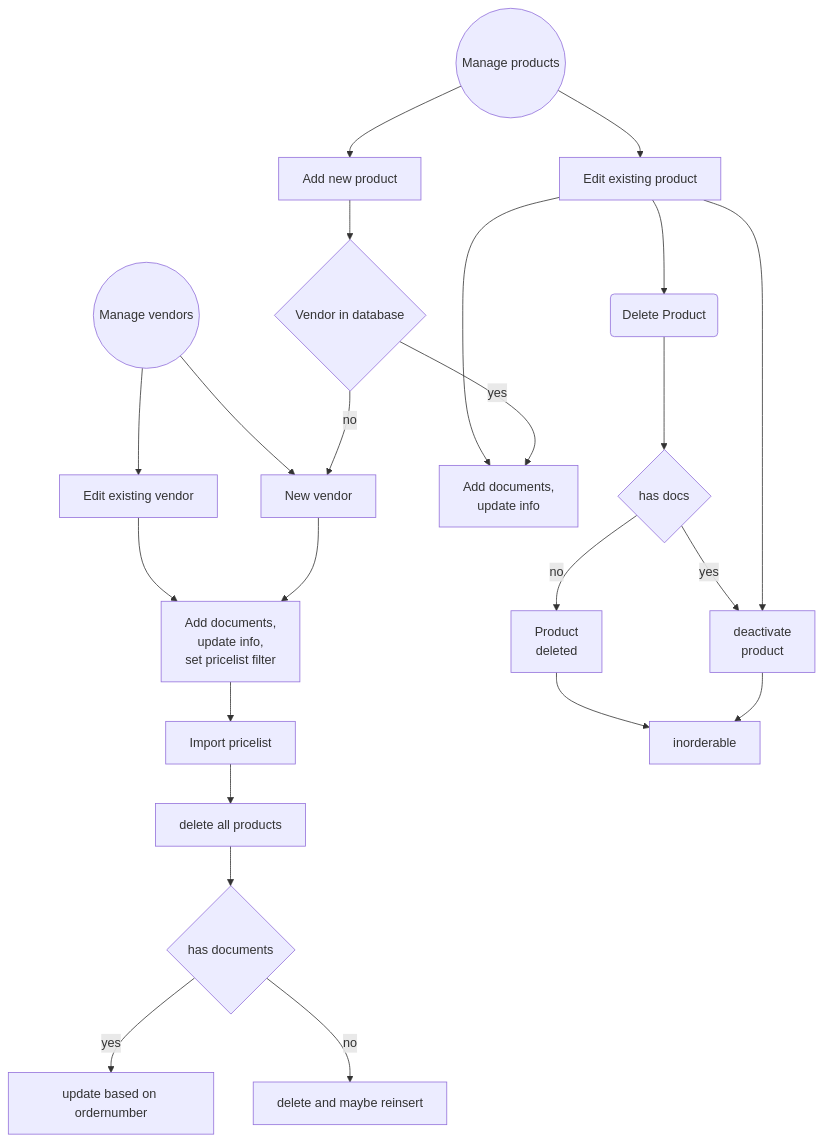
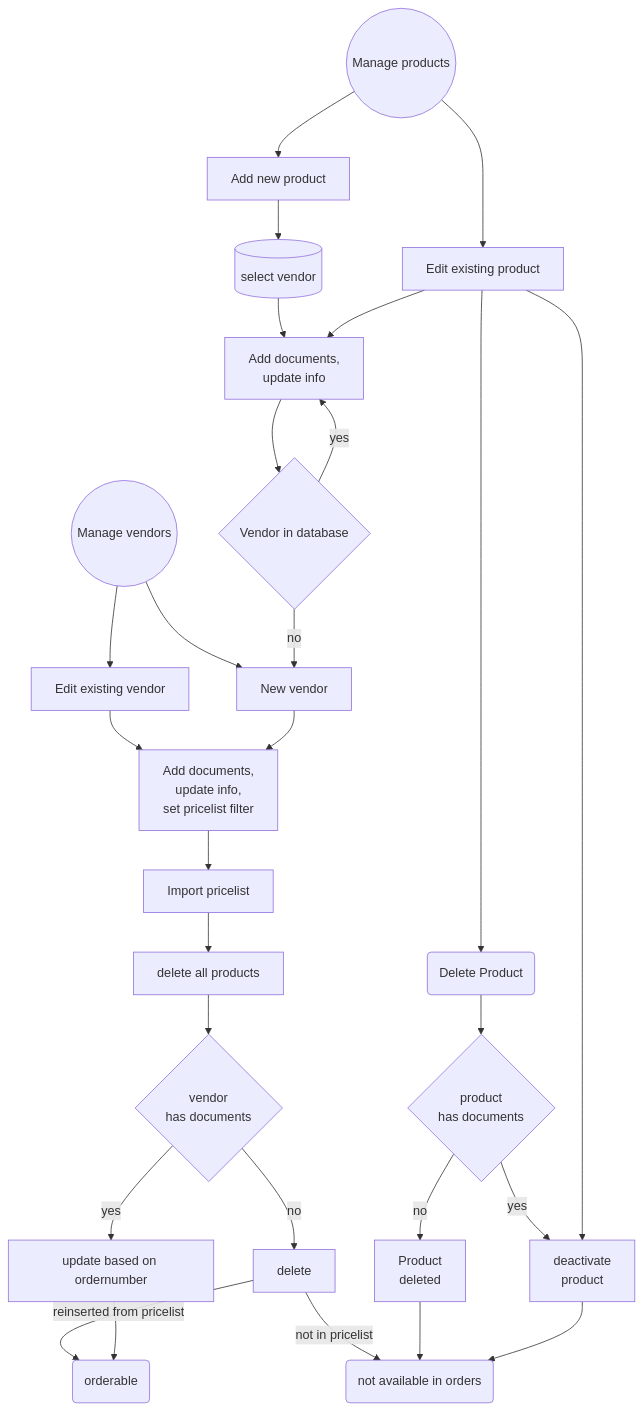
One commit to erroronline1/caro changed the first of 3 diagrams in flowcharts.md. Above: the diagram before and after it, drawn with Mermaid.

Commit message:
flowcharts

````diff
--- a/flowcharts.md
+++ b/flowcharts.md
@@ -3,31 +3,40 @@
 ```mermaid
 graph TD;
     manage_vendors((Manage vendors))-->edit_vendor[Edit existing vendor];
     manage_vendors-->new_vendor[New vendor];
     edit_vendor-->add_vinfo["Add documents,
     update info,
     set pricelist filter"];
     new_vendor-->add_vinfo;
     add_vinfo-->import_pricelist[Import pricelist];
     import_pricelist-->delete_all_products[delete all products];
-    delete_all_products-->has_docs2{has documents};
+    delete_all_products-->has_docs2{"vendor
+    has documents"};
     has_docs2-->|yes|update[update based on ordernumber];
-    has_docs2-->|no|delete[delete and maybe reinsert]
+    has_docs2-->|no|delete[delete];
+    delete-->|reinserted from pricelist|orderable(orderable);
+    delete-->|not in pricelist|inorderable(not available in orders)
+    update-->orderable;
 
     manage_products((Manage products))-->edit_product[Edit existing product];
     manage_products-->add_product[Add new product];
+    add_product-->select_vendor[(select vendor)];
+    select_vendor-->add_pinfo["Add documents,
+    update info"];
+    add_pinfo-->known_vendor;
+
     edit_product-->add_pinfo["Add documents,
     update info"];
-    add_product-->known_vendor;
     known_vendor{Vendor in database}-->|yes|add_pinfo;
     known_vendor-->|no|new_vendor
     edit_product-->delete_product(Delete Product);
-    delete_product-->has_docs{has docs};
+    delete_product-->has_docs{"product
+    has documents"};
     has_docs-->|no|product_deleted["Product
     deleted"];
     has_docs-->|yes|product_inactive["deactivate
     product"]
     product_deleted-->inorderable;
     product_inactive-->inorderable;
     edit_product-->product_inactive;
 ```
````
